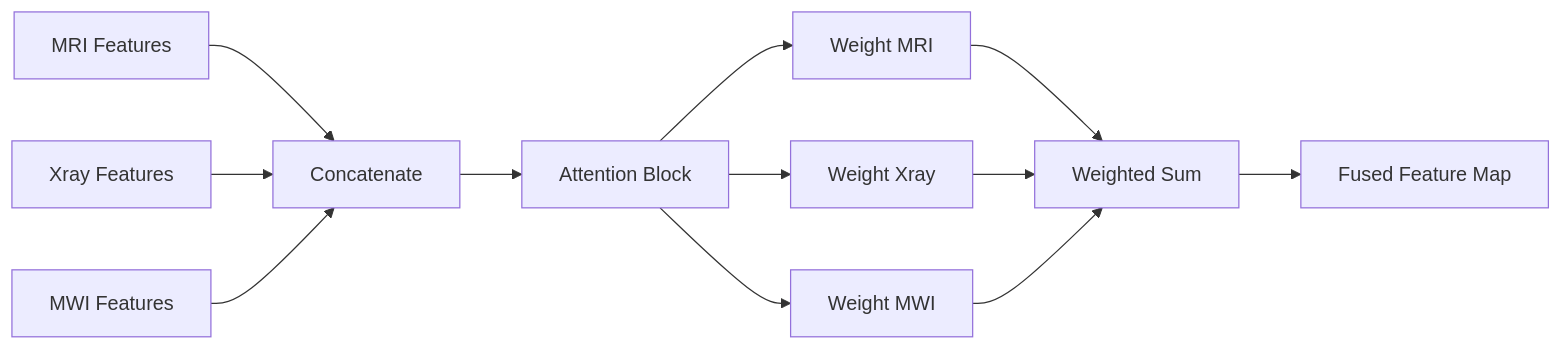
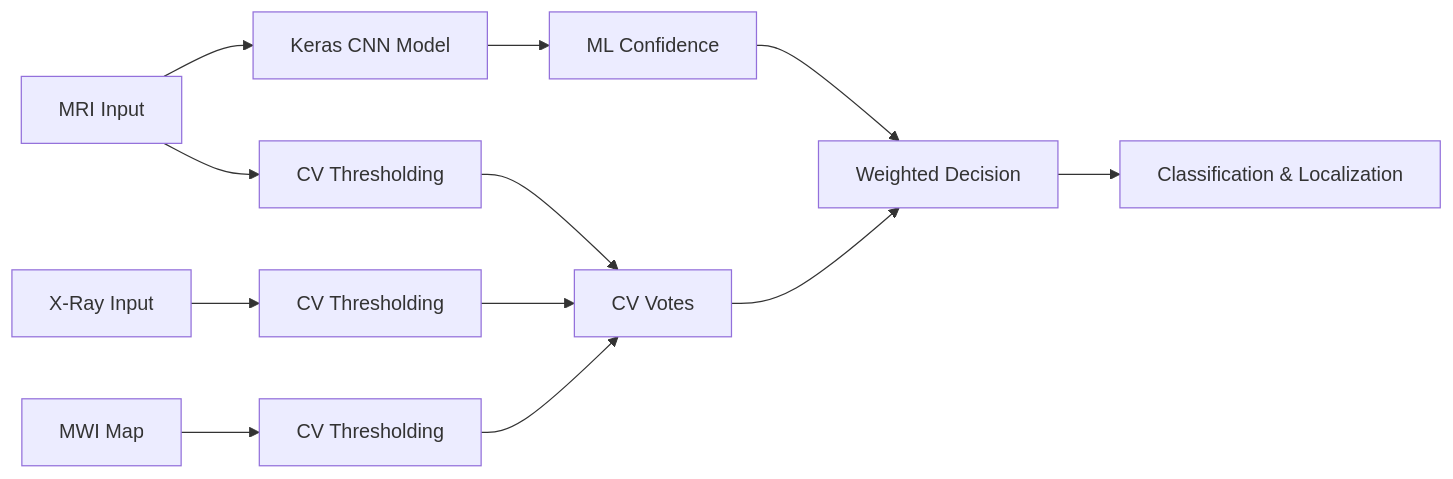
The diagram in TECHNICAL_REPORT.md (AthraaMosawi/BrainTumorDetectionSystem), drawn with Mermaid before and after one commit. The commit also changed other lines of this file and 33 other files, not shown here.

````diff
--- a/TECHNICAL_REPORT.md
+++ b/TECHNICAL_REPORT.md
@@ -128,14 +127,17 @@
 ```mermaid
 graph LR
-    MRI[MRI Features] --> CAT[Concatenate]
-    XRAY[Xray Features] --> CAT
-    MWI[MWI Features] --> CAT
-    CAT --> ATTEN[Attention Block]
-    ATTEN --> W_MRI[Weight MRI]
-    ATTEN --> W_XRAY[Weight Xray]
-    ATTEN --> W_MWI[Weight MWI]
-    W_MRI --> SUM[Weighted Sum]
-    W_XRAY --> SUM
-    W_MWI --> SUM
-    SUM --> FUSED[Fused Feature Map]
+    MRI[MRI Input] --> CNN[Keras CNN Model]
+    MRI --> CV_MRI[CV Thresholding]
+    XRAY[X-Ray Input] --> CV_XRAY[CV Thresholding]
+    MWI[MWI Map] --> CV_MWI[CV Thresholding]
+    
+    CNN --> ML_SCORE[ML Confidence]
+    CV_MRI --> CV_VOTE[CV Votes]
+    CV_XRAY --> CV_VOTE
+    CV_MWI --> CV_VOTE
+    
+    ML_SCORE --> FUSION[Weighted Decision]
+    CV_VOTE --> FUSION
+    
+    FUSION --> RESULT[Classification & Localization]
 ```
````
